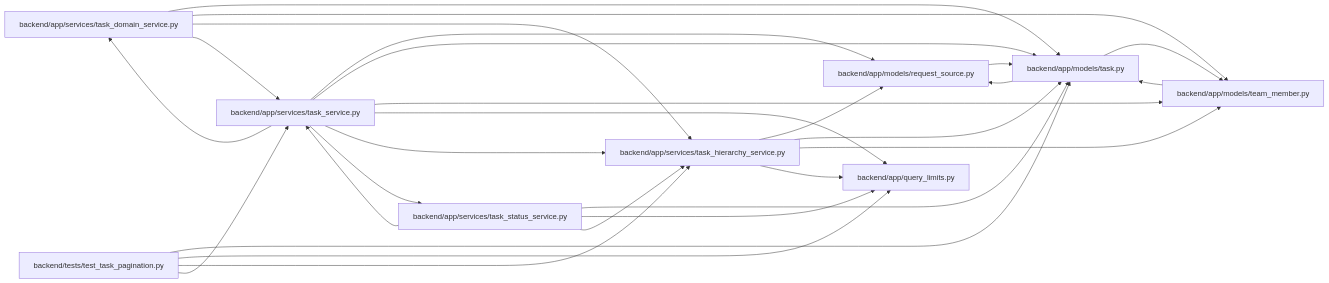
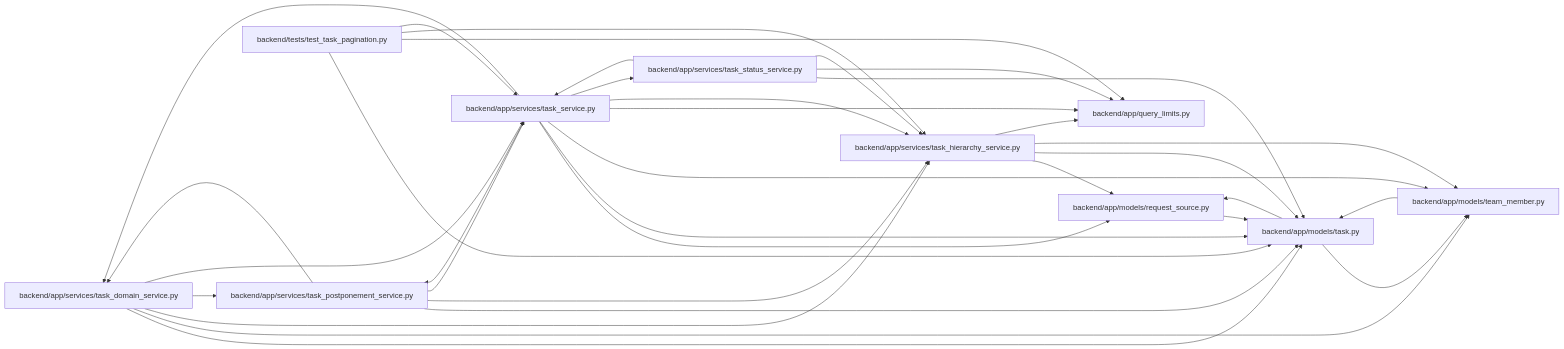
One commit to Denissvgn/WorkChord changed the diagram in docs/llm_wiki/modules/task_hierarchy_service.md. Above: the diagram before and after it, drawn with Mermaid. The commit also changed other lines of this file and 732 other files, not shown here.

Commit message:
Sync the architectural wiki for the postponed task status

````diff
--- a/docs/llm_wiki/modules/task_hierarchy_service.md
+++ b/docs/llm_wiki/modules/task_hierarchy_service.md
@@ -25,48 +25,56 @@
 ```mermaid
 flowchart LR
     n0["backend/app/models/request_source.py"]
     n1["backend/app/models/task.py"]
     n2["backend/app/models/team_member.py"]
     n3["backend/app/query_limits.py"]
     n4["backend/app/services/task_domain_service.py"]
     n5["backend/app/services/task_hierarchy_service.py"]
-    n6["backend/app/services/task_service.py"]
-    n7["backend/app/services/task_status_service.py"]
-    n8["backend/tests/test_task_pagination.py"]
+    n6["backend/app/services/task_postponement_service.py"]
+    n7["backend/app/services/task_service.py"]
+    n8["backend/app/services/task_status_service.py"]
+    n9["backend/tests/test_task_pagination.py"]
     n0 --> n1
     n1 --> n0
     n1 --> n2
     n2 --> n1
     n4 --> n1
     n4 --> n2
     n4 --> n5
     n4 --> n6
+    n4 --> n7
     n5 --> n0
     n5 --> n1
     n5 --> n2
     n5 --> n3
-    n6 --> n0
     n6 --> n1
-    n6 --> n2
-    n6 --> n3
     n6 --> n4
     n6 --> n5
     n6 --> n7
+    n7 --> n0
     n7 --> n1
+    n7 --> n2
     n7 --> n3
+    n7 --> n4
     n7 --> n5
     n7 --> n6
+    n7 --> n8
     n8 --> n1
     n8 --> n3
     n8 --> n5
-    n8 --> n6
+    n8 --> n7
+    n9 --> n1
+    n9 --> n3
+    n9 --> n5
+    n9 --> n7
     click n0 "../modules/models_request_source.md"
     click n1 "../modules/models_task.md"
     click n2 "../modules/team_member.md"
     click n3 "../modules/query_limits.md"
     click n4 "../modules/task_domain_service.md"
     click n5 "../modules/task_hierarchy_service.md"
-    click n6 "../modules/task_service.md"
-    click n7 "../modules/task_status_service.md"
-    click n8 "../modules/test_task_pagination.md"
+    click n6 "../modules/task_postponement_service.md"
+    click n7 "../modules/task_service.md"
+    click n8 "../modules/task_status_service.md"
+    click n9 "../modules/test_task_pagination.md"
 ```
````
